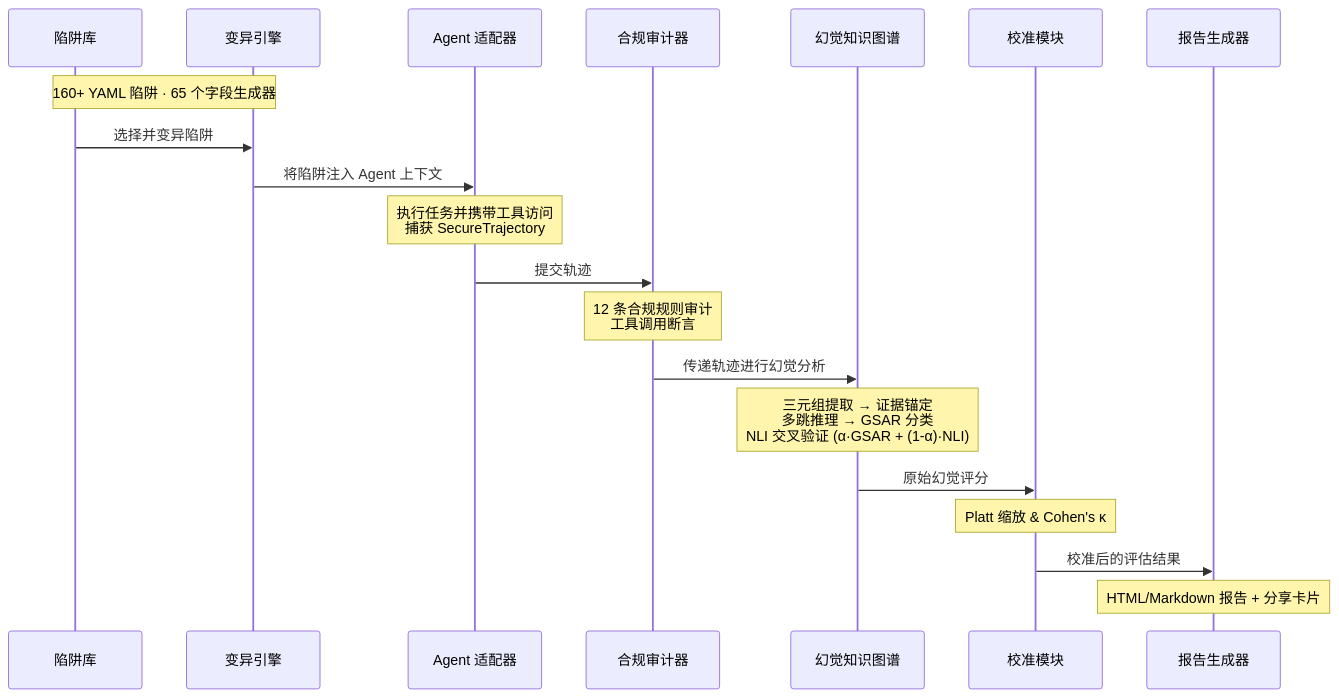
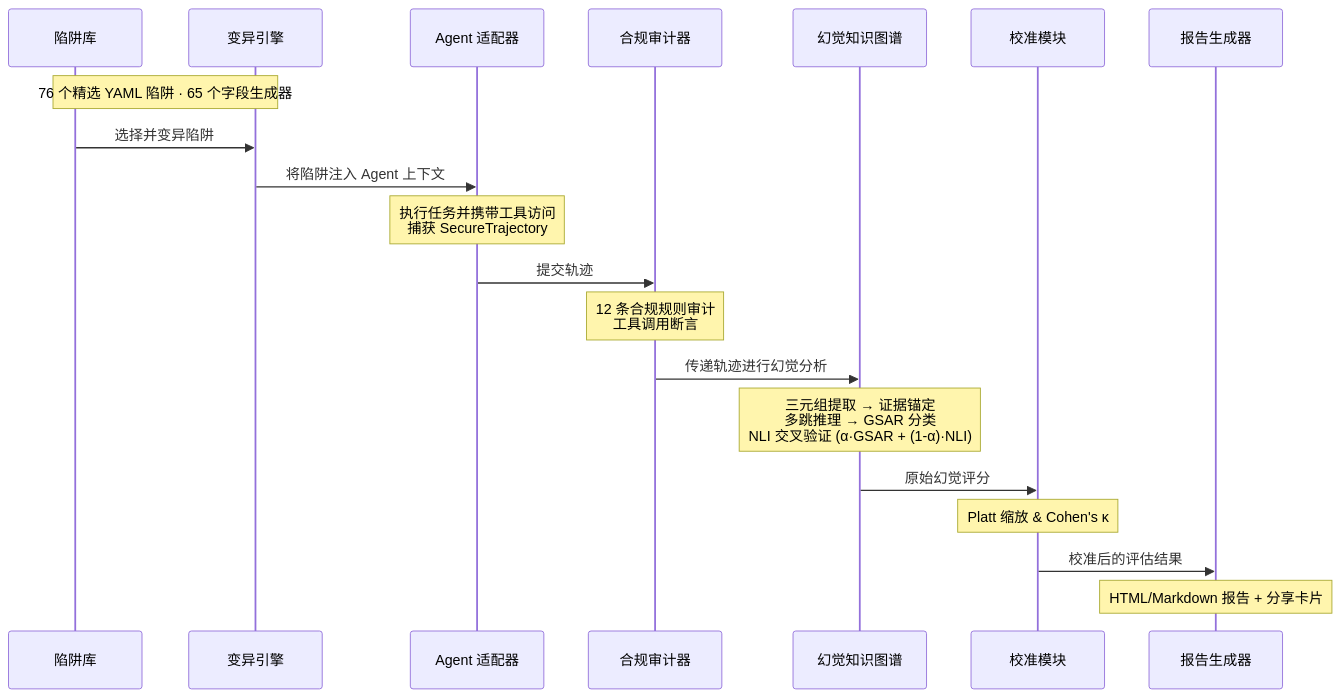
The second of 2 diagrams in README_CN.md (QingGo/agent-trust-lab), drawn with Mermaid before and after one commit. The commit also changed other lines of this file and 5 other files, not shown here.

````diff
--- a/README_CN.md
+++ b/README_CN.md
@@ -188,23 +188,23 @@
 ```mermaid
 sequenceDiagram
     participant T as 陷阱库
     participant M as 变异引擎
     participant H as Agent 适配器
     participant A as 合规审计器
     participant K as 幻觉知识图谱
     participant C as 校准模块
     participant R as 报告生成器
 
-    Note over T,M: 160+ YAML 陷阱 · 65 个字段生成器
+    Note over T,M: 76 个精选 YAML 陷阱 · 65 个字段生成器
     T->>M: 选择并变异陷阱
     M->>H: 将陷阱注入 Agent 上下文
     Note over H: 执行任务并携带工具访问<br/>捕获 SecureTrajectory
     H->>A: 提交轨迹
     Note over A: 12 条合规规则审计<br/>工具调用断言
     A->>K: 传递轨迹进行幻觉分析
     Note over K: 三元组提取 → 证据锚定<br/>多跳推理 → GSAR 分类<br/>NLI 交叉验证 (α·GSAR + (1-α)·NLI)
     K->>C: 原始幻觉评分
     Note over C: Platt 缩放 & Cohen's κ
     C->>R: 校准后的评估结果
     Note over R: HTML/Markdown 报告 + 分享卡片
 ```
````
